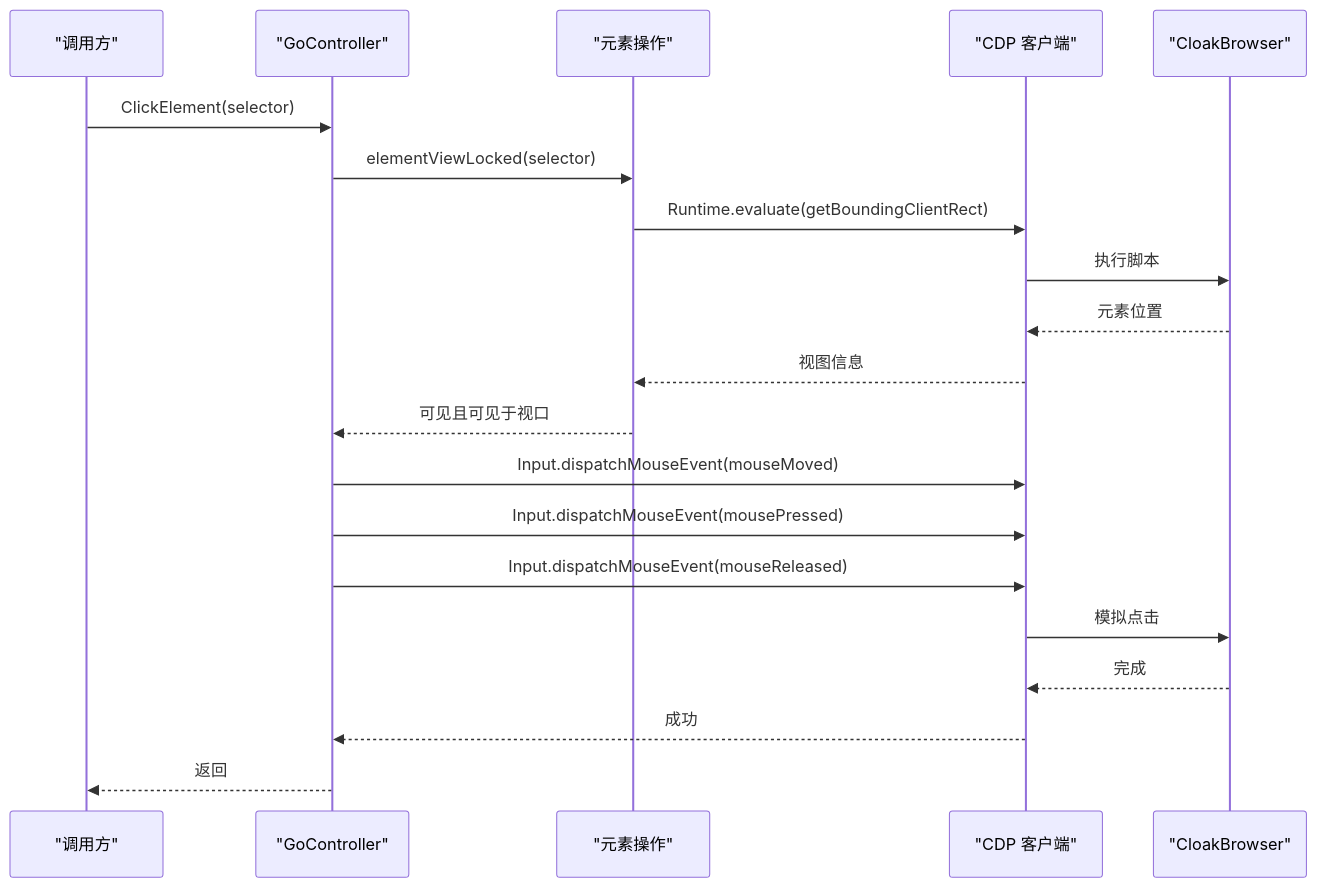
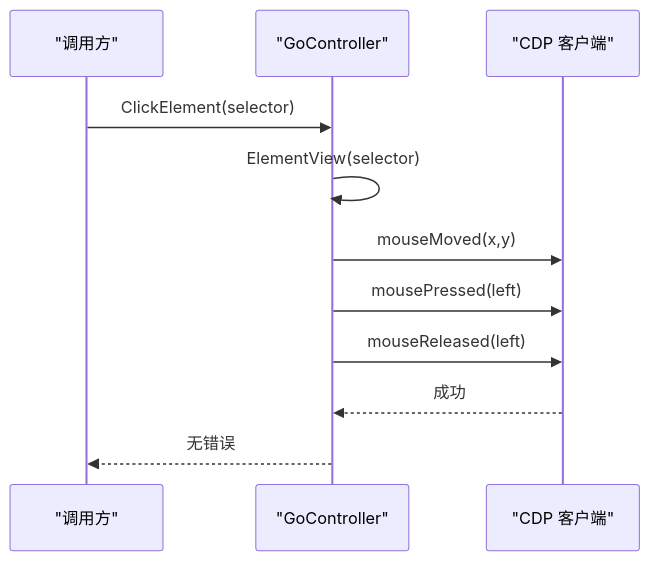
The seventh of 11 diagrams in .qoder/repowiki/zh/content/本地执行器/浏览器自动化/浏览器控制器/浏览器控制器.md (alvinwangzi/goodhr), drawn with Mermaid before and after one commit. The commit also changed other lines of this file and 149 other files, not shown here.

````diff
--- a/.qoder/repowiki/zh/content/本地执行器/浏览器自动化/浏览器控制器/浏览器控制器.md
+++ b/.qoder/repowiki/zh/content/本地执行器/浏览器自动化/浏览器控制器/浏览器控制器.md
@@ -242,22 +297,13 @@
 ```mermaid
 sequenceDiagram
 participant Caller as "调用方"
-participant GC as "GoController"
-participant GE as "元素操作"
+participant Controller as "GoController"
 participant CDP as "CDP 客户端"
-participant WB as "CloakBrowser"
-Caller->>GC : ClickElement(selector)
-GC->>GE : elementViewLocked(selector)
-GE->>CDP : Runtime.evaluate(getBoundingClientRect)
-CDP->>WB : 执行脚本
-WB-->>CDP : 元素位置
-CDP-->>GE : 视图信息
-GE-->>GC : 可见且可见于视口
-GC->>CDP : Input.dispatchMouseEvent(mouseMoved)
-GC->>CDP : Input.dispatchMouseEvent(mousePressed)
-GC->>CDP : Input.dispatchMouseEvent(mouseReleased)
-CDP->>WB : 模拟点击
-WB-->>CDP : 完成
-CDP-->>GC : 成功
-GC-->>Caller : 返回
+Caller->>Controller : ClickElement(selector)
+Controller->>Controller : ElementView(selector)
+Controller->>CDP : mouseMoved(x,y)
+Controller->>CDP : mousePressed(left)
+Controller->>CDP : mouseReleased(left)
+CDP-->>Controller : 成功
+Controller-->>Caller : 无错误
 ```
````
